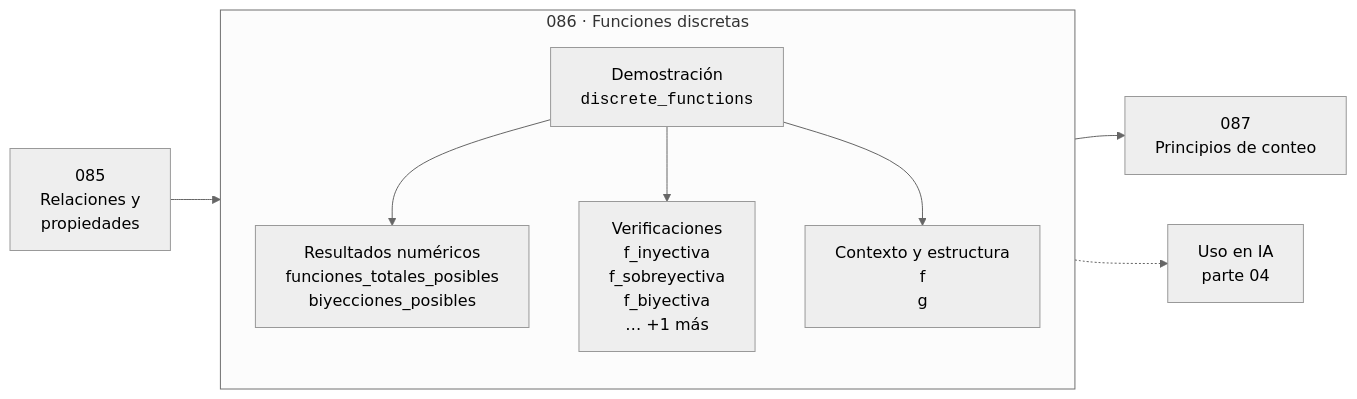
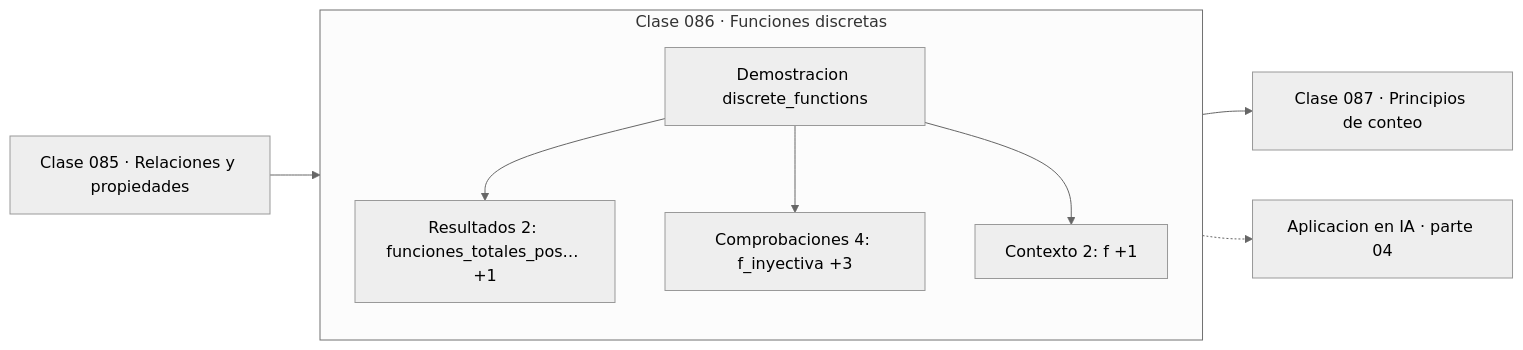
Before and after one commit to vladimiracunadev-create/computational-mathematics-program: the diagram in classes/part-04-matematica-discreta-para-computacion/086-funciones-discretas/README.md, drawn with Mermaid (neutral theme). The commit also changed other lines of this file and 389 other files, not shown here.

First line of the commit message:
fix(diagramas): elimina el HTML de las etiquetas Mermaid

````diff
--- a/classes/part-04-matematica-discreta-para-computacion/086-funciones-discretas/README.md
+++ b/classes/part-04-matematica-discreta-para-computacion/086-funciones-discretas/README.md
@@ -30,12 +35,13 @@
 ```mermaid
 flowchart LR
-    P["085<br/>Relaciones y<br/>propiedades"] --> C
-    subgraph C["086 · Funciones discretas"]
+    P["Clase 085 · Relaciones y propiedades"] --> D
+    subgraph CLASE["Clase 086 · Funciones discretas"]
         direction TB
-        D["Demostración<br/><code>discrete_functions</code>"] --> R["Resultados numéricos<br/>funciones_totales_posibles<br/>biyecciones_posibles"]
-        D --> V["Verificaciones<br/>f_inyectiva<br/>f_sobreyectiva<br/>f_biyectiva<br/>… +1 más"]
-        D --> O["Contexto y estructura<br/>f<br/>g"]
+        D["Demostracion discrete_functions"]
+        D --> R["Resultados 2: funciones_totales_pos… +1"]
+        D --> V["Comprobaciones 4: f_inyectiva +3"]
+        D --> O["Contexto 2: f +1"]
     end
-    C --> N["087<br/>Principios de conteo"]
-    C -.-> IA["Uso en IA<br/>parte 04"]
+    R --> N["Clase 087 · Principios de conteo"]
+    V -.-> IA["Aplicacion en IA · parte 04"]
 ```
````
